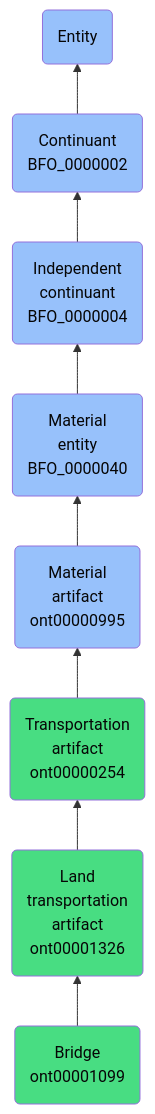
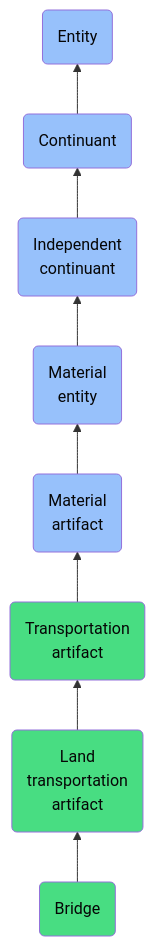
The diagram in docs/ontology/reference/model/Entity/Continuant/Independent continuant/Material entity/Material artifact/Transportation artifact/Land transportation artifact/Bridge/Bridge.md (jupyter-naas/abi), drawn with Mermaid before and after one commit. The commit also changed other lines of this file and 1430 other files, not shown here.

````diff
--- a/docs/ontology/reference/model/Entity/Continuant/Independent continuant/Material entity/Material artifact/Transportation artifact/Land transportation artifact/Bridge/Bridge.md
+++ b/docs/ontology/reference/model/Entity/Continuant/Independent continuant/Material entity/Material artifact/Transportation artifact/Land transportation artifact/Bridge/Bridge.md
@@ -24,15 +24,15 @@
 ```mermaid
 graph BT
-    ont00001099(Bridge<br>ont00001099):::ABI-->ont00001326
-    ont00001326(Land<br>transportation<br>artifact<br>ont00001326):::ABI-->ont00000254
-    ont00000254(Transportation<br>artifact<br>ont00000254):::ABI-->ont00000995
-    ont00000995(Material<br>artifact<br>ont00000995):::BFO-->BFO_0000040
-    BFO_0000040(Material<br>entity<br>BFO_0000040):::BFO-->BFO_0000004
-    BFO_0000004(Independent<br>continuant<br>BFO_0000004):::BFO-->BFO_0000002
-    BFO_0000002(Continuant<br>BFO_0000002):::BFO-->BFO_0000001
+    ont00001099(Bridge):::ABI-->ont00001326
+    ont00001326(Land<br>transportation<br>artifact):::ABI-->ont00000254
+    ont00000254(Transportation<br>artifact):::ABI-->ont00000995
+    ont00000995(Material<br>artifact):::BFO-->BFO_0000040
+    BFO_0000040(Material<br>entity):::BFO-->BFO_0000004
+    BFO_0000004(Independent<br>continuant):::BFO-->BFO_0000002
+    BFO_0000002(Continuant):::BFO-->BFO_0000001
     BFO_0000001(Entity):::BFO
     
     classDef BFO fill:#97c1fb,color:#060606
     classDef CCO fill:#e4c51e,color:#060606
     classDef ABI fill:#48DD82,color:#060606
 ```
````
